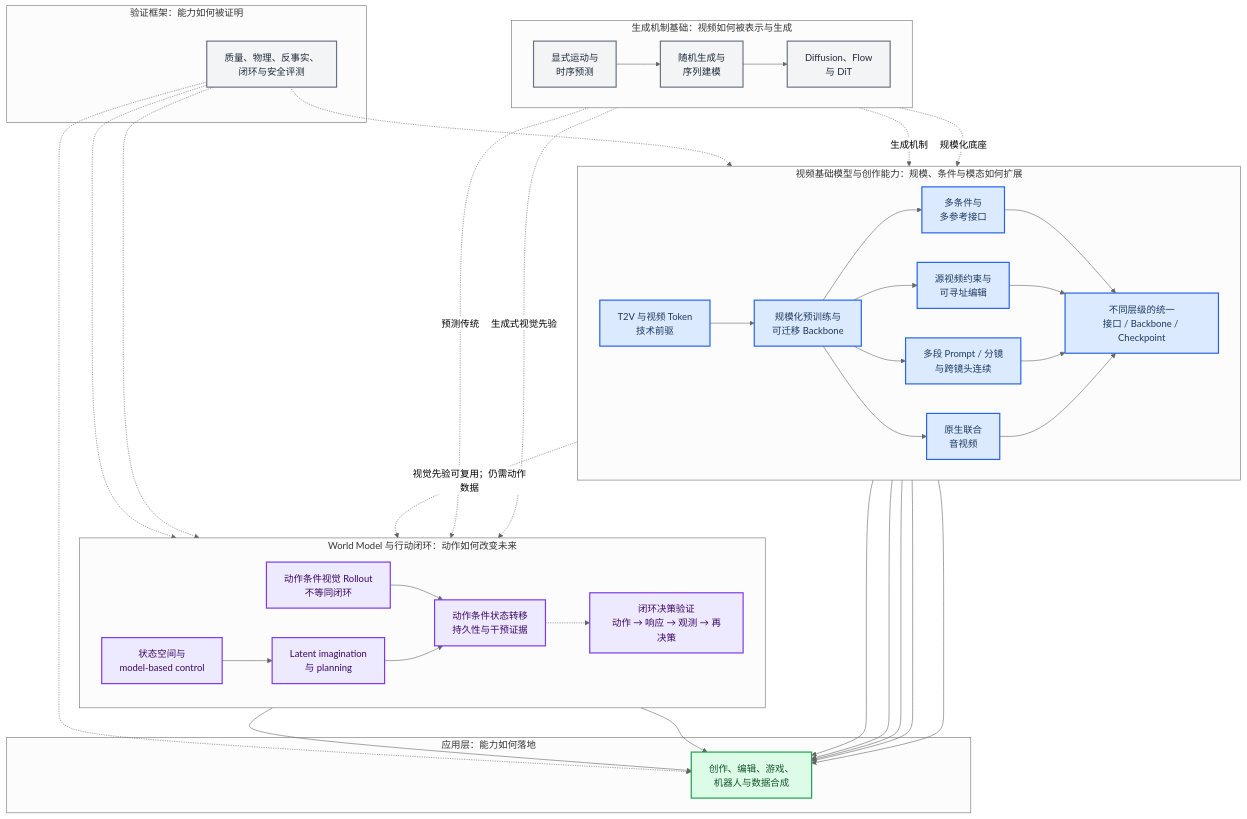
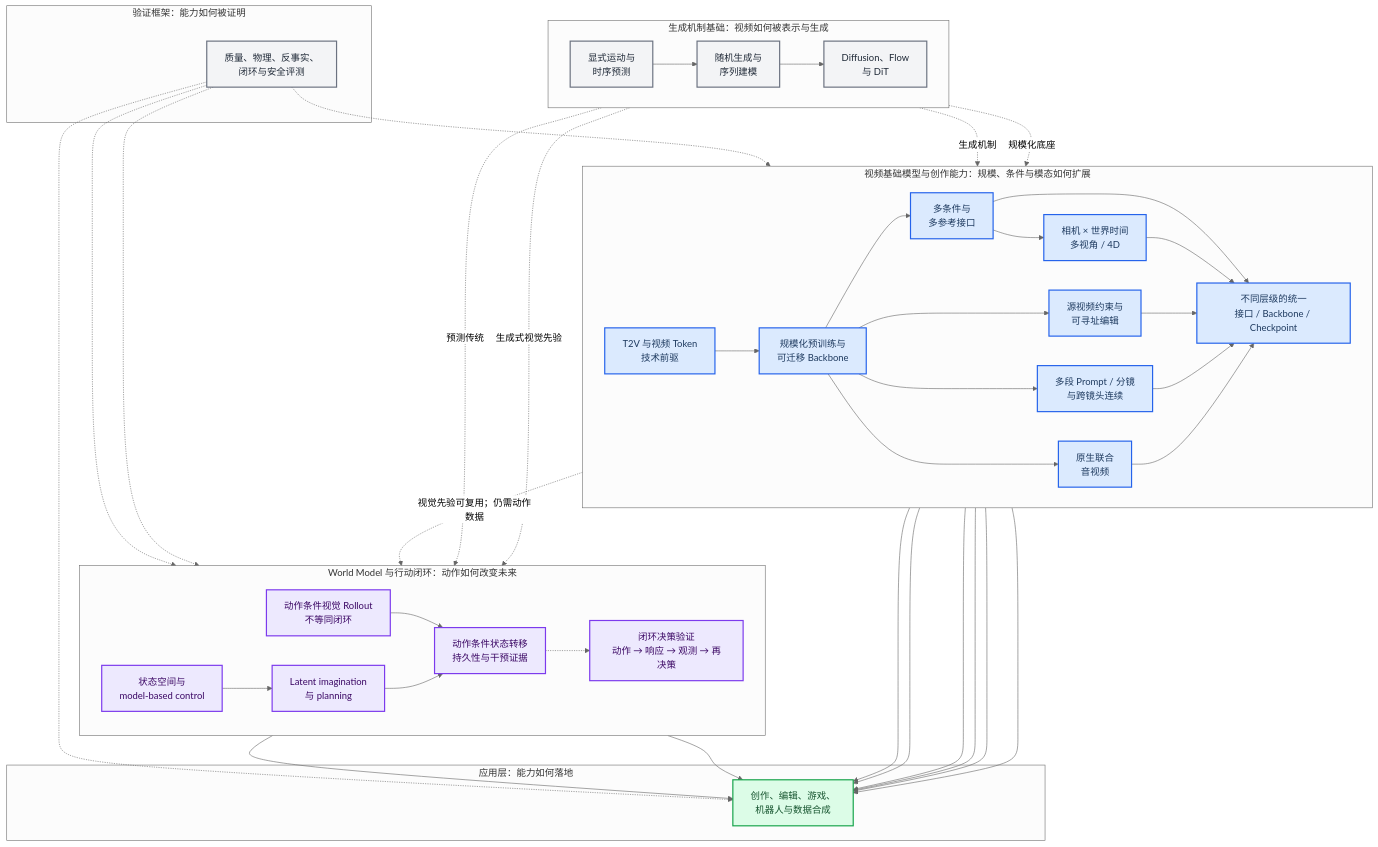
One commit to GVCLab/Video-Generation-101 changed the first of 2 diagrams in docs/timeline.md. Above: the diagram before and after it, drawn with Mermaid (neutral theme). The commit also changed other lines of this file and 32 other files, not shown here.

````diff
--- a/docs/timeline.md
+++ b/docs/timeline.md
@@ -23,68 +24,71 @@
 ```mermaid
 flowchart TB
     accTitle: 视频生成技术发展的并行泳道
     accDescr: 生成机制基础、视频基础模型与创作能力、World Model 与行动闭环三条技术路线并行发展，最后落到应用工作流和分层评测；多条件、多镜头、音视频与统一系统是不同维度。
 
     subgraph generation_track ["生成机制基础：视频如何被表示与生成"]
         direction LR
         motion_prediction["显式运动与<br/>时序预测"] --> probabilistic_generation["随机生成与<br/>序列建模"]
         probabilistic_generation --> scalable_generation["Diffusion、Flow<br/>与 DiT"]
     end
 
     subgraph foundation_track ["视频基础模型与创作能力：规模、条件与模态如何扩展"]
         direction LR
         text_video["T2V 与视频 Token<br/>技术前驱"] --> foundation_backbone["规模化预训练与<br/>可迁移 Backbone"]
         foundation_backbone --> multi_condition["多条件与<br/>多参考接口"]
+        multi_condition --> view_time_4d["相机 × 世界时间<br/>多视角 / 4D"]
         foundation_backbone --> source_editing["源视频约束与<br/>可寻址编辑"]
         foundation_backbone --> timeline_authoring["多段 Prompt / 分镜<br/>与跨镜头连续"]
         foundation_backbone --> native_av["原生联合<br/>音视频"]
         multi_condition --> unified_creation["不同层级的统一<br/>接口 / Backbone / Checkpoint"]
+        view_time_4d --> unified_creation
         source_editing --> unified_creation
         timeline_authoring --> unified_creation
         native_av --> unified_creation
     end
 
     subgraph world_track ["World Model 与行动闭环：动作如何改变未来"]
         direction LR
         state_space["状态空间与<br/>model-based control"] --> latent_planning["Latent imagination<br/>与 planning"]
         action_rollout["动作条件视觉 Rollout<br/>不等同闭环"] --> world_model_evidence["动作条件状态转移<br/>持久性与干预证据"]
         latent_planning --> world_model_evidence
         world_model_evidence -.-> closed_loop_control["闭环决策验证<br/>动作 → 响应 → 观测 → 再决策"]
     end
 
     subgraph application_layer ["应用层：能力如何落地"]
         workflows["创作、编辑、游戏、<br/>机器人与数据合成"]
     end
 
     subgraph validation_framework ["验证框架：能力如何被证明"]
         evidence["质量、物理、反事实、<br/>闭环与安全评测"]
     end
 
     probabilistic_generation -.->|"生成机制"| text_video
     scalable_generation -.->|"规模化底座"| foundation_backbone
     motion_prediction -.->|"预测传统"| latent_planning
     scalable_generation -.->|"生成式视觉先验"| action_rollout
     foundation_backbone -.->|"视觉先验可复用；仍需动作数据"| action_rollout
     multi_condition --> workflows
+    view_time_4d --> workflows
     source_editing --> workflows
     timeline_authoring --> workflows
     native_av --> workflows
     unified_creation --> workflows
     world_model_evidence --> workflows
     closed_loop_control --> workflows
     evidence -.-> foundation_backbone
     evidence -.-> world_model_evidence
     evidence -.-> closed_loop_control
     evidence -.-> workflows
 
     classDef foundation fill:#f3f4f6,stroke:#6b7280,stroke-width:2px,color:#1f2937
     classDef creative fill:#dbeafe,stroke:#2563eb,stroke-width:2px,color:#1e3a5f
     classDef world fill:#ede9fe,stroke:#7c3aed,stroke-width:2px,color:#3b0764
     classDef outcome fill:#dcfce7,stroke:#16a34a,stroke-width:2px,color:#14532d
 
     class motion_prediction,probabilistic_generation,scalable_generation foundation
-    class text_video,foundation_backbone,multi_condition,source_editing,timeline_authoring,native_av,unified_creation creative
+    class text_video,foundation_backbone,multi_condition,view_time_4d,source_editing,timeline_authoring,native_av,unified_creation creative
     class state_space,latent_planning,action_rollout,world_model_evidence,closed_loop_control world
     class evidence foundation
     class workflows outcome
 ```
````
